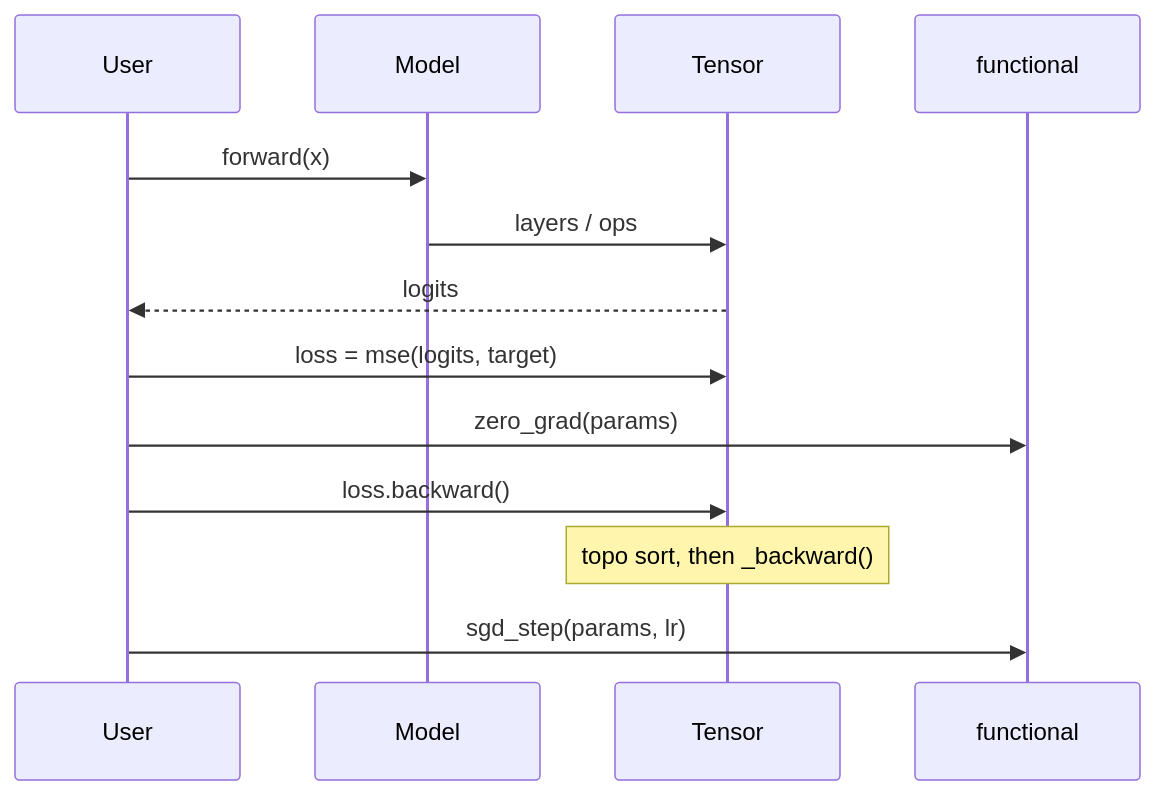
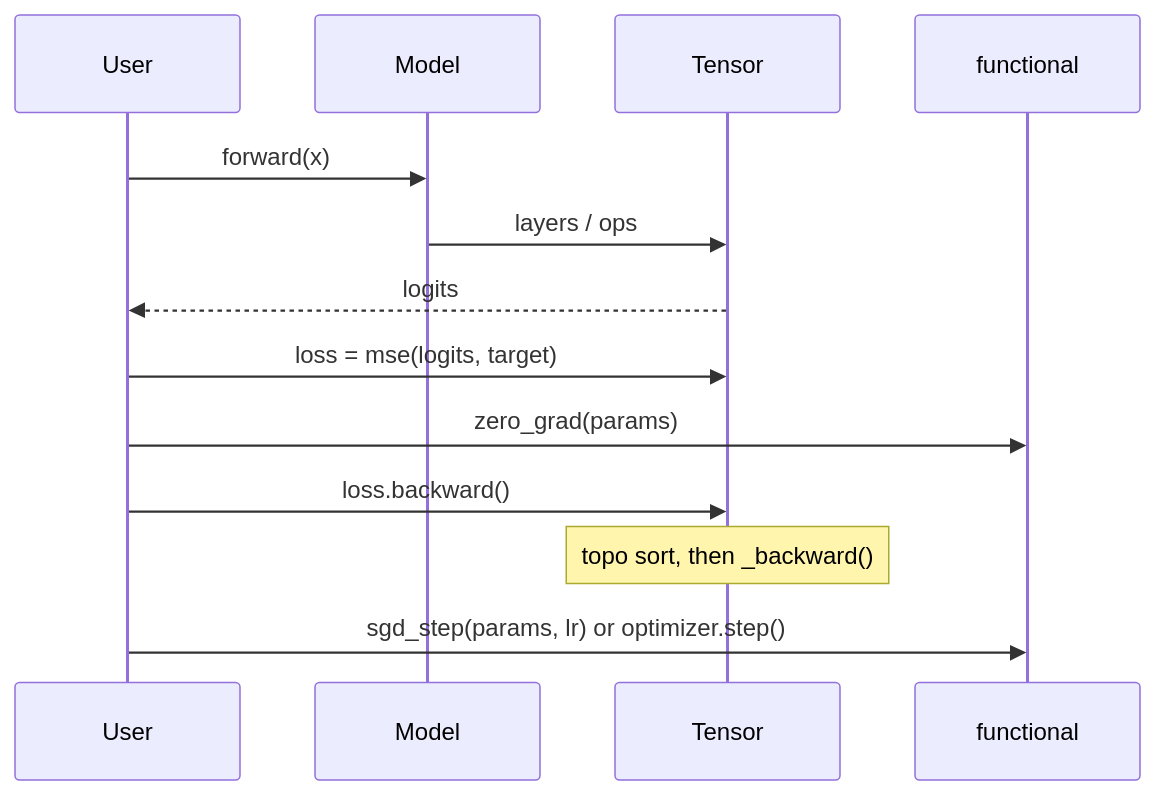
One commit to CutieillFusion/Gradtuity changed the second of 3 diagrams in README.md. Above: the diagram before and after it, drawn with Mermaid. The commit also changed other lines of this file and 12 other files, not shown here.

````diff
--- a/README.md
+++ b/README.md
@@ -118,16 +124,16 @@
 ```mermaid
 sequenceDiagram
     participant User
     participant Model
     participant Tensor
     participant functional
 
     User->>Model: forward(x)
     Model->>Tensor: layers / ops
     Tensor-->>User: logits
     User->>Tensor: loss = mse(logits, target)
     User->>functional: zero_grad(params)
     User->>Tensor: loss.backward()
     Note over Tensor: topo sort, then _backward()
-    User->>functional: sgd_step(params, lr)
+    User->>functional: sgd_step(params, lr) or optimizer.step()
 ```
````
